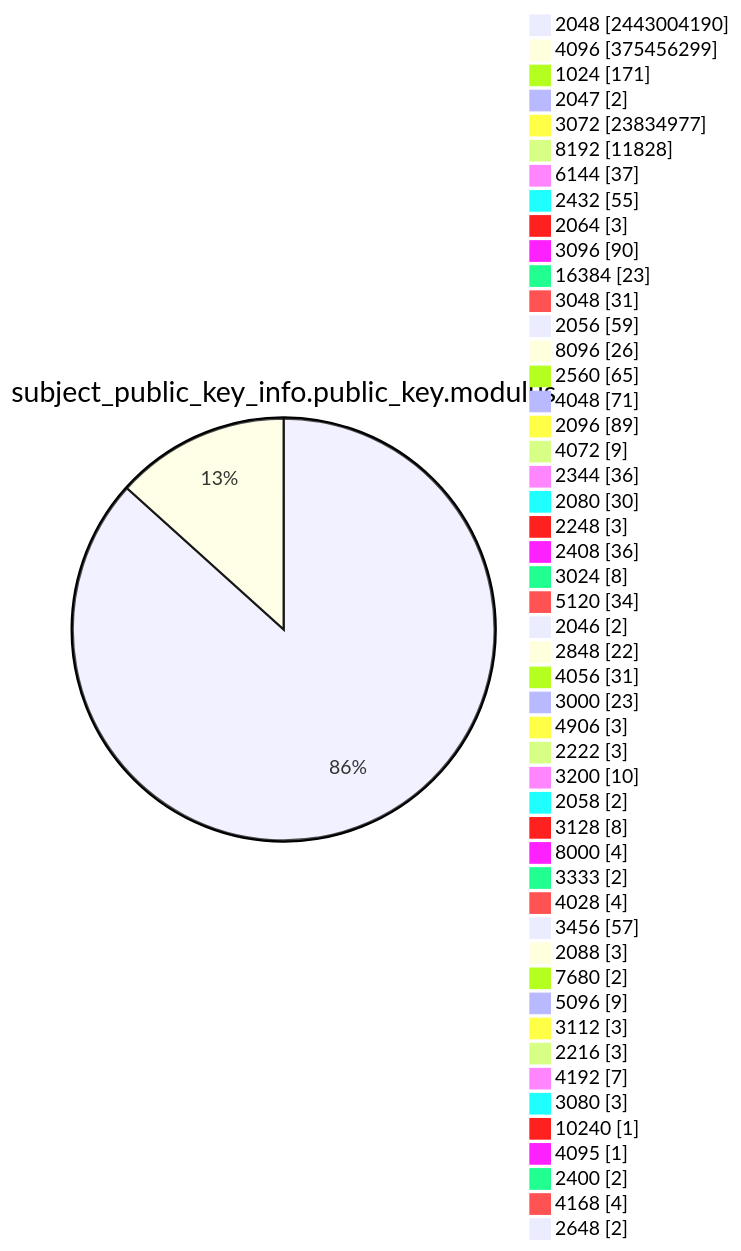
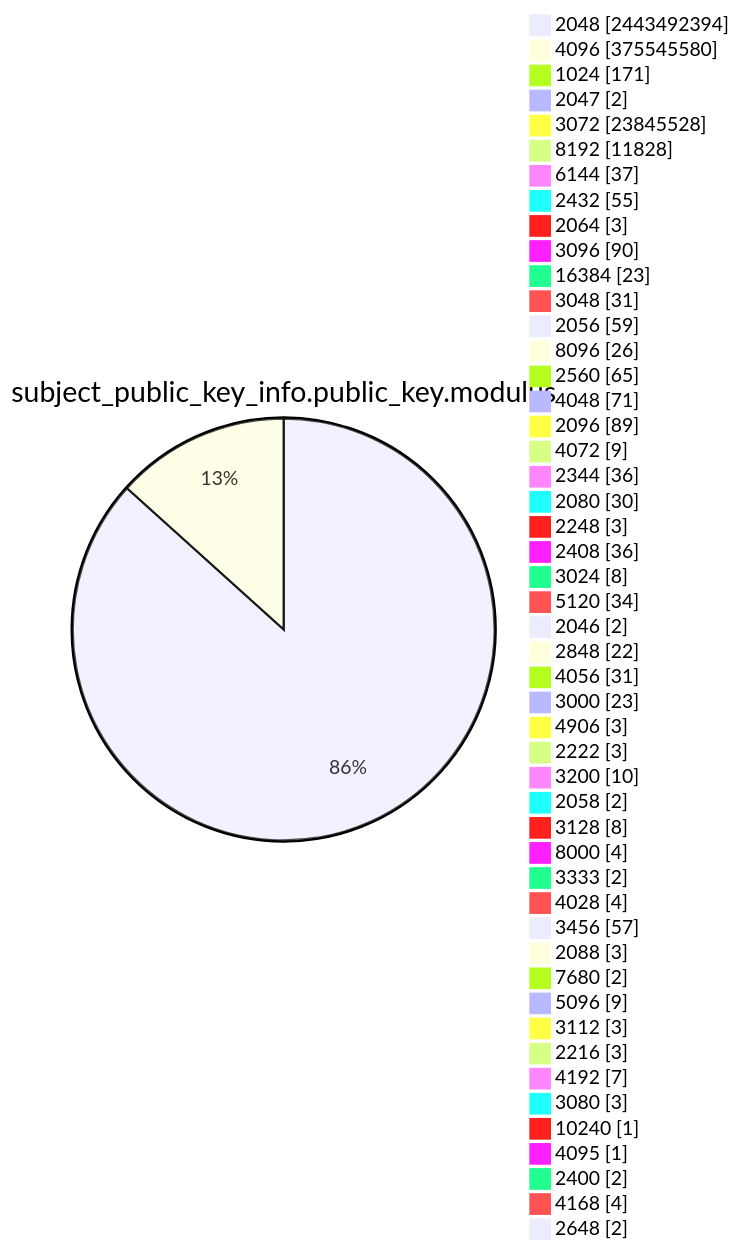
Diagram 13 of 15 in TOTAL/README.md (christiankrug/ctmonitor_visualization), drawn with Mermaid before and after one commit. The commit also changed other lines of this file, not shown here.

````diff
--- a/TOTAL/README.md
+++ b/TOTAL/README.md
@@ -4168,53 +4168,53 @@
 ```mermaid
 pie showData
 title subject_public_key_info.public_key.modulus
-"2048" :2443004190
-"4096" :375456299
+"2048" :2443492394
+"4096" :375545580
 "1024" :171
 "2047" :2
-"3072" :23834977
+"3072" :23845528
 "8192" :11828
 "6144" :37
 "2432" :55
 "2064" :3
 "3096" :90
 "16384" :23
 "3048" :31
 "2056" :59
 "8096" :26
 "2560" :65
 "4048" :71
 "2096" :89
 "4072" :9
 "2344" :36
 "2080" :30
 "2248" :3
 "2408" :36
 "3024" :8
 "5120" :34
 "2046" :2
 "2848" :22
 "4056" :31
 "3000" :23
 "4906" :3
 "2222" :3
 "3200" :10
 "2058" :2
 "3128" :8
 "8000" :4
 "3333" :2
 "4028" :4
 "3456" :57
 "2088" :3
 "7680" :2
 "5096" :9
 "3112" :3
 "2216" :3
 "4192" :7
 "3080" :3
 "10240" :1
 "4095" :1
 "2400" :2
 "4168" :4
 "2648" :2
 ```
````
